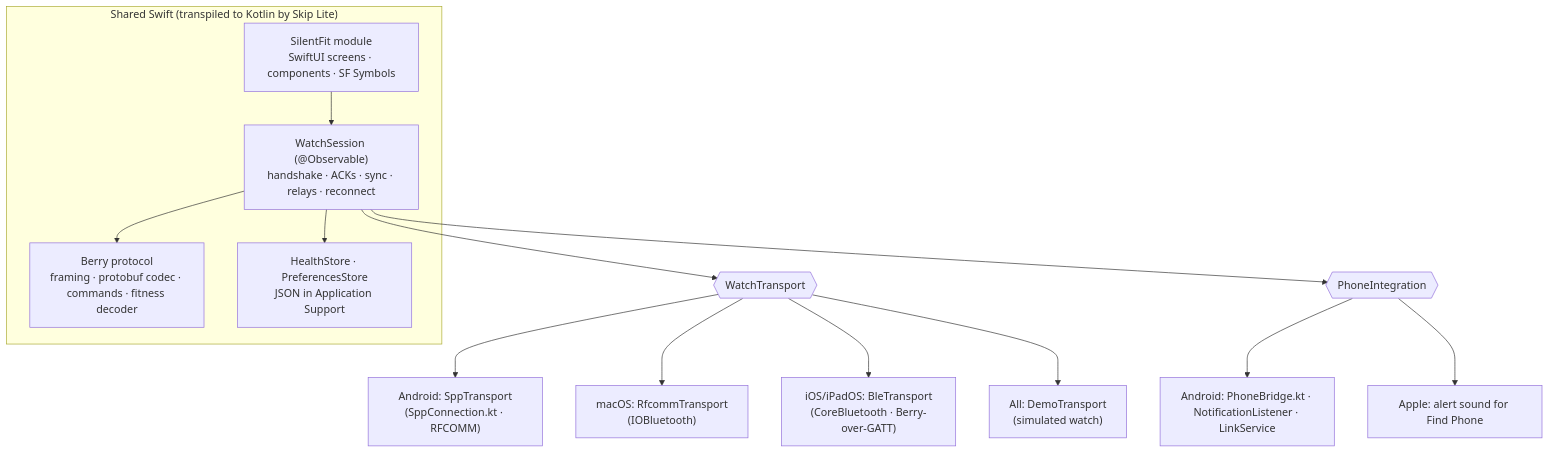
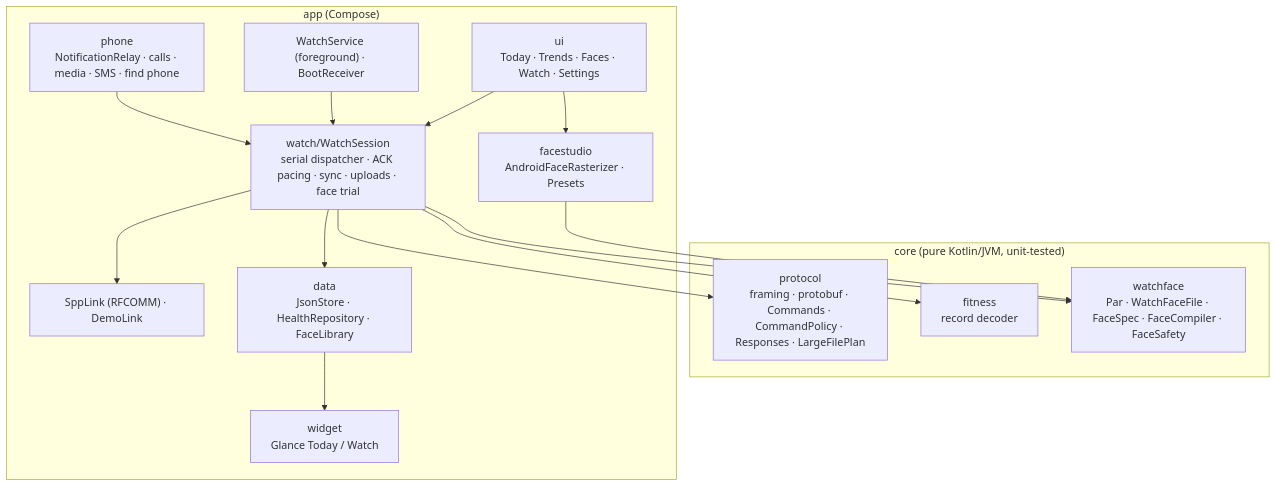
The diagram in docs/PLATFORM_MAP.md (Ebullioscopic/SilentFit), drawn with Mermaid before and after one commit. The commit also changed other lines of this file and 181 other files, not shown here.

````diff
--- a/docs/PLATFORM_MAP.md
+++ b/docs/PLATFORM_MAP.md
@@ -8,19 +18,26 @@
 ```mermaid
 flowchart TB
-    subgraph Shared["Shared Swift (transpiled to Kotlin by Skip Lite)"]
-        UI["SilentFit module<br/>SwiftUI screens · components · SF Symbols"]
-        Session["WatchSession (@Observable)<br/>handshake · ACKs · sync · relays · reconnect"]
-        Proto["Berry protocol<br/>framing · protobuf codec · commands · fitness decoder"]
-        Store["HealthStore · PreferencesStore<br/>JSON in Application Support"]
-        UI --> Session --> Proto
-        Session --> Store
+    subgraph core["core (pure Kotlin/JVM, unit-tested)"]
+        Proto["protocol<br/>framing · protobuf · Commands · CommandPolicy · Responses · LargeFilePlan"]
+        Fit["fitness<br/>record decoder"]
+        WF["watchface<br/>Par · WatchFaceFile · FaceSpec · FaceCompiler · FaceSafety"]
     end
-    Session --> T{{"WatchTransport"}}
-    Session --> P{{"PhoneIntegration"}}
-    T --> SPP["Android: SppTransport<br/>(SppConnection.kt · RFCOMM)"]
-    T --> RF["macOS: RfcommTransport<br/>(IOBluetooth)"]
-    T --> BLE["iOS/iPadOS: BleTransport<br/>(CoreBluetooth · Berry-over-GATT)"]
-    T --> Demo["All: DemoTransport<br/>(simulated watch)"]
-    P --> A["Android: PhoneBridge.kt · NotificationListener · LinkService"]
-    P --> Ap["Apple: alert sound for Find Phone"]
+    subgraph app["app (Compose)"]
+        UI["ui<br/>Today · Trends · Faces · Watch · Settings"]
+        Studio["facestudio<br/>AndroidFaceRasterizer · Presets"]
+        Session["watch/WatchSession<br/>serial dispatcher · ACK pacing · sync · uploads · face trial"]
+        Link["SppLink (RFCOMM) · DemoLink"]
+        Svc["WatchService (foreground) · BootReceiver"]
+        Phone["phone<br/>NotificationRelay · calls · media · SMS · find phone"]
+        Data["data<br/>JsonStore · HealthRepository · FaceLibrary"]
+        Widgets["widget<br/>Glance Today / Watch"]
+    end
+    UI --> Session
+    UI --> Studio --> WF
+    Session --> Proto & Fit & WF
+    Session --> Link
+    Svc --> Session
+    Phone --> Session
+    Session --> Data
+    Data --> Widgets
 ```
````
